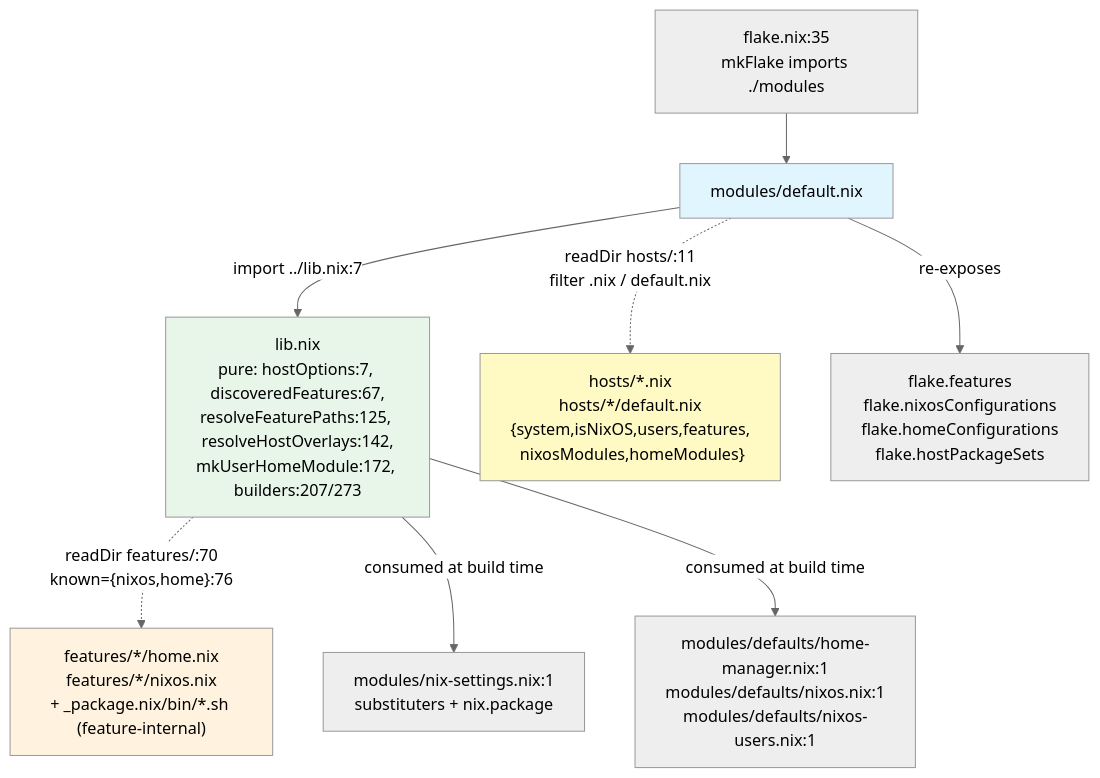
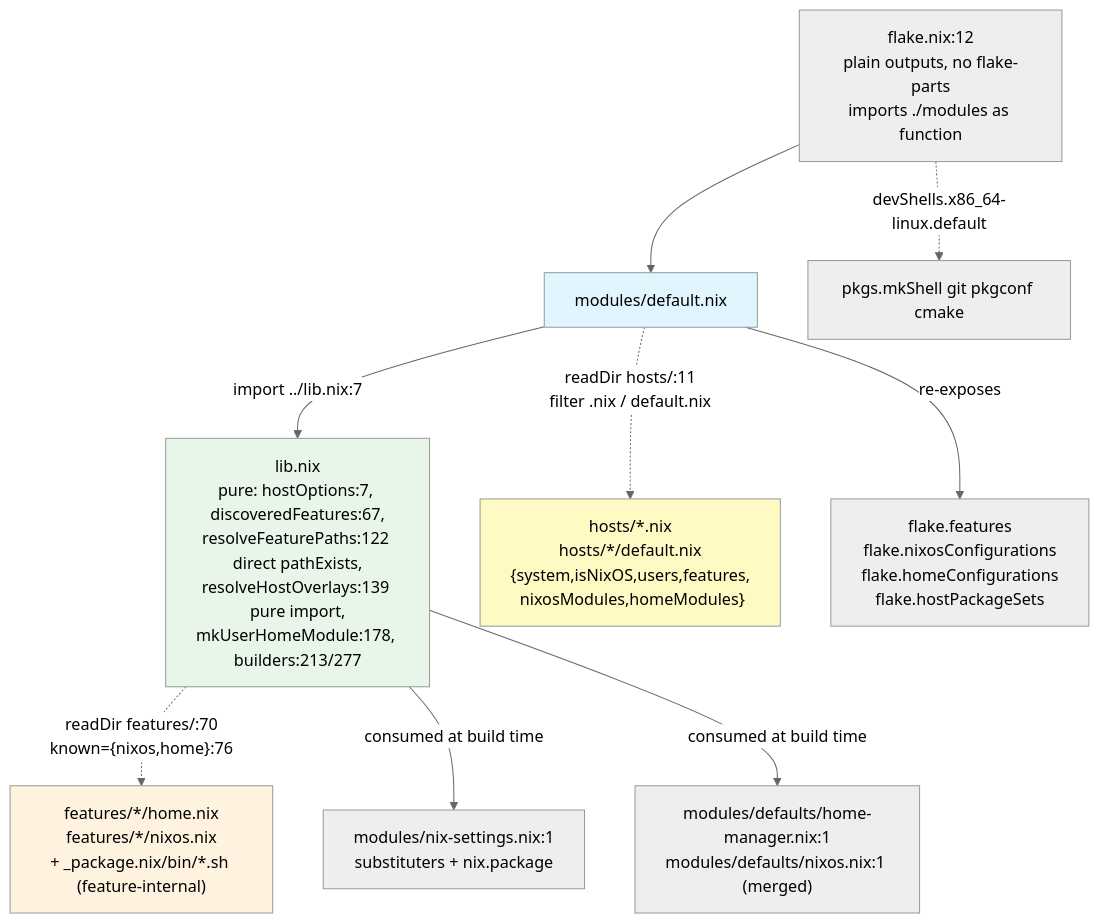
Before and after one commit to WombatFromHell/automatic-palm-tree: the first of 7 diagrams in DESIGN.md, drawn with Mermaid (neutral theme). The commit also changed other lines of this file and 9 other files, not shown here.

Commit message:
Refactor to make our loader code more pure idiomatic-nix

````diff
--- a/DESIGN.md
+++ b/DESIGN.md
@@ -51,17 +50,18 @@
 ```mermaid
 graph TB
-    flake["flake.nix:35\nmkFlake imports ./modules"] --> modDefault["modules/default.nix"]
+    flake["flake.nix:12\nplain outputs, no flake-parts\nimports ./modules as function"] --> modDefault["modules/default.nix"]
 
-    modDefault -- "import ../lib.nix:7" --> libNix["lib.nix\npure: hostOptions:7, discoveredFeatures:67,\nresolveFeaturePaths:125, resolveHostOverlays:142,\nmkUserHomeModule:172, builders:207/273"]
+    modDefault -- "import ../lib.nix:7" --> libNix["lib.nix\npure: hostOptions:7, discoveredFeatures:67,\nresolveFeaturePaths:122 direct pathExists,\nresolveHostOverlays:139 pure import,\nmkUserHomeModule:178, builders:213/277"]
     modDefault -. "readDir hosts/:11\nfilter .nix / default.nix" .-> hosts["hosts/*.nix\nhosts/*/default.nix\n{system,isNixOS,users,features,\n nixosModules,homeModules}"]
     libNix -. "readDir features/:70\nknown={nixos,home}:76" .-> features["features/*/home.nix\nfeatures/*/nixos.nix\n+ _package.nix/bin/*.sh (feature-internal)"]
 
     libNix -- "consumed at build time" --> nixSettings["modules/nix-settings.nix:1\nsubstituters + nix.package"]
-    libNix -- "consumed at build time" --> defaults["modules/defaults/home-manager.nix:1\nmodules/defaults/nixos.nix:1\nmodules/defaults/nixos-users.nix:1"]
+    libNix -- "consumed at build time" --> defaults["modules/defaults/home-manager.nix:1\nmodules/defaults/nixos.nix:1 (merged)"]
     modDefault -- "re-exposes" --> flakeOut["flake.features\nflake.nixosConfigurations\nflake.homeConfigurations\nflake.hostPackageSets"]
+    flake -. "devShells.x86_64-linux.default" .-> devShell["pkgs.mkShell git pkgconf cmake"]
 
     style libNix fill:#e8f5e9
     style modDefault fill:#e1f5fe
     style hosts fill:#fff9c4
     style features fill:#fff3e0
 ```
````
